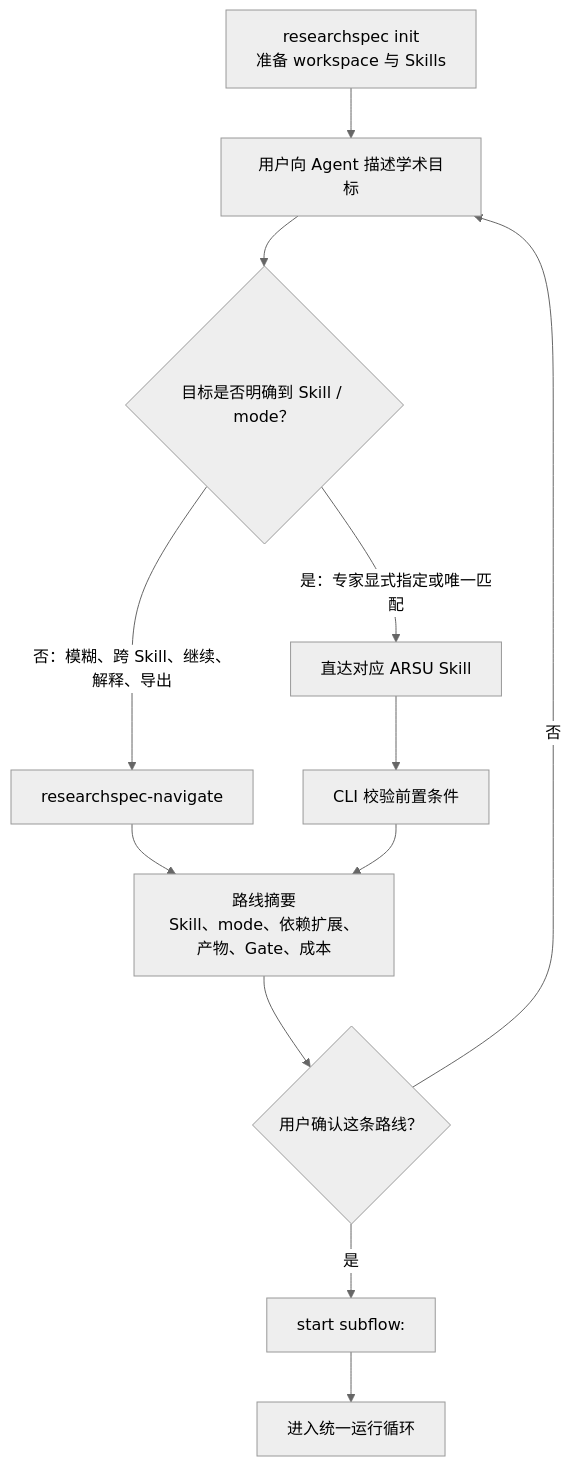
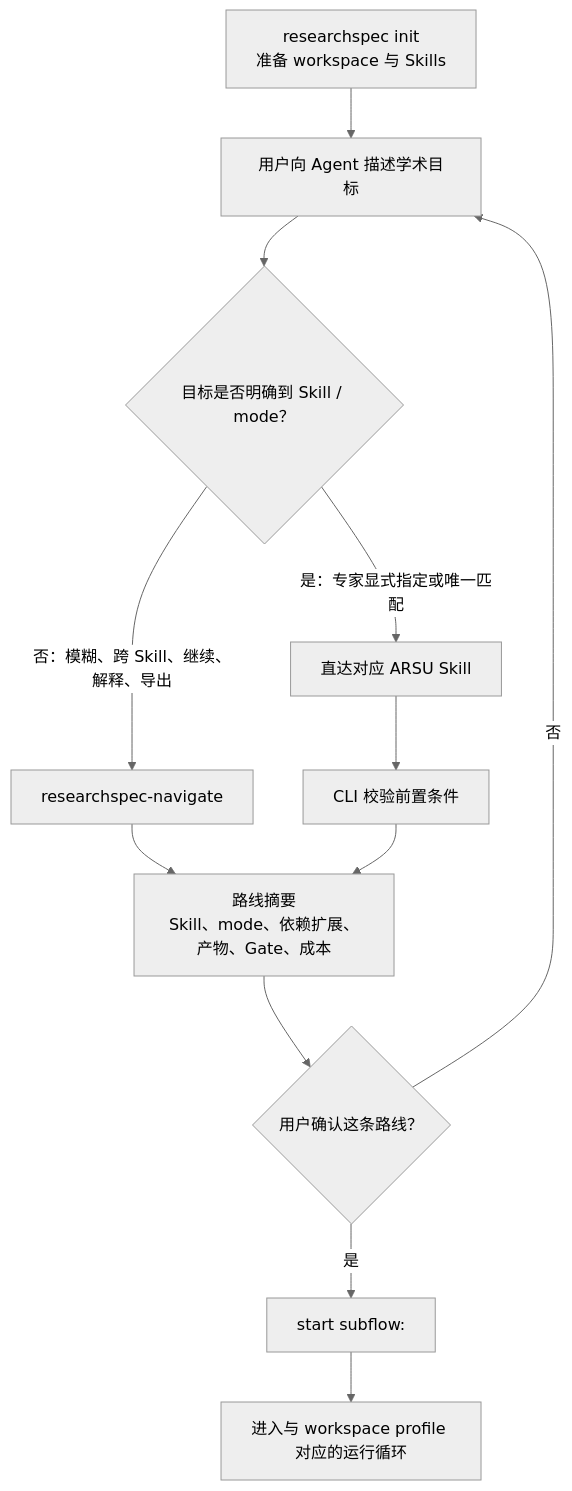
Before and after one commit to leike0813/ResearchSpec: the first of 8 diagrams in docs/arsu_user_usage_model.md, drawn with Mermaid (neutral theme). The commit also changed other lines of this file and 114 other files, not shown here.

````diff
--- a/docs/arsu_user_usage_model.md
+++ b/docs/arsu_user_usage_model.md
@@ -48,14 +48,14 @@
 ```mermaid
 flowchart TD
     I["researchspec init<br/>准备 workspace 与 Skills"] --> U["用户向 Agent 描述学术目标"]
     U --> R{"目标是否明确到 Skill / mode？"}
     R -->|"否：模糊、跨 Skill、继续、解释、导出"| N["researchspec-navigate"]
     R -->|"是：专家显式指定或唯一匹配"| D["直达对应 ARSU Skill"]
     N --> S["路线摘要<br/>Skill、mode、依赖扩展、产物、Gate、成本"]
     D --> P["CLI 校验前置条件"]
     P --> S
     S --> C{"用户确认这条路线？"}
     C -->|"否"| U
     C -->|"是"| ST["start subflow:<id>"]
-    ST --> L["进入统一运行循环"]
+    ST --> L["进入与 workspace profile 对应的运行循环"]
 ```
````
